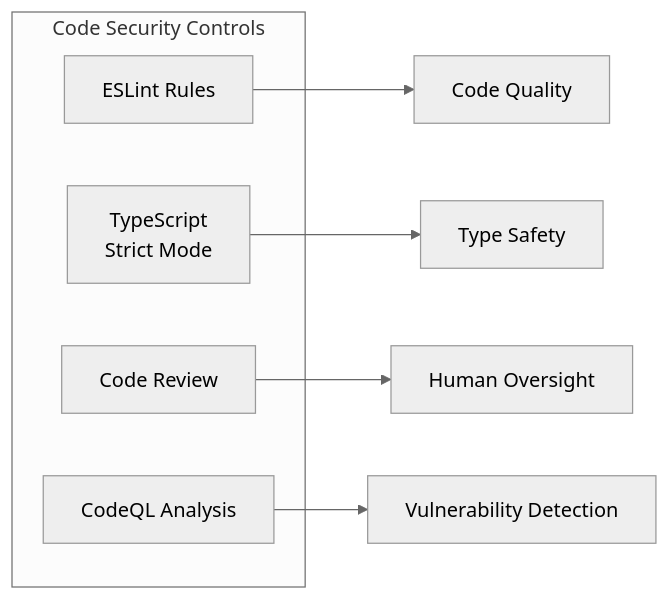
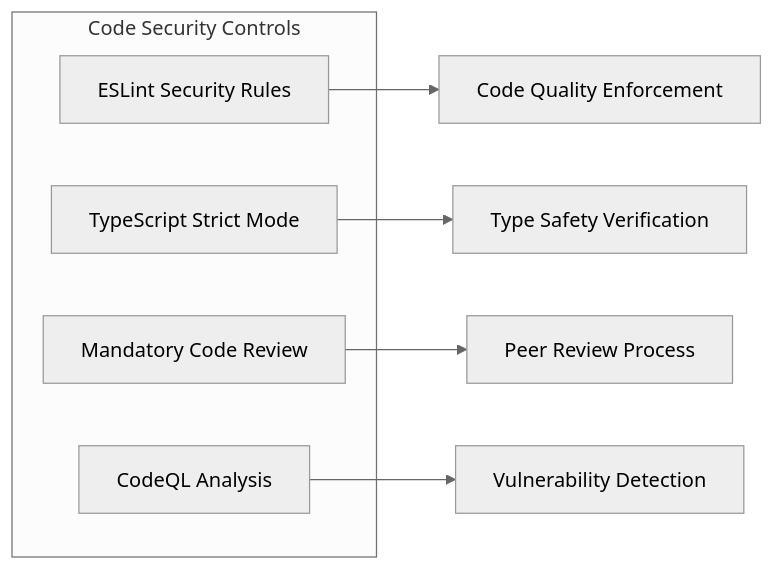
One commit to WSO2-G02/salon-booking-frontend-dev changed the fifth of 9 diagrams in docs/SECURITY.md. Above: the diagram before and after it, drawn with Mermaid (neutral theme). The commit also changed other lines of this file and 2 other files, not shown here.

````diff
--- a/docs/SECURITY.md
+++ b/docs/SECURITY.md
@@ -109,14 +103,14 @@
 ```mermaid
 flowchart LR
     subgraph Controls["Code Security Controls"]
-        lint["ESLint Rules"]
-        ts["TypeScript\nStrict Mode"]
-        review["Code Review"]
+        lint["ESLint Security Rules"]
+        ts["TypeScript Strict Mode"]
+        review["Mandatory Code Review"]
         codeql["CodeQL Analysis"]
     end
     
-    lint --> quality["Code Quality"]
-    ts --> safety["Type Safety"]
-    review --> oversight["Human Oversight"]
-    codeql --> vuln["Vulnerability Detection"]
+    lint --> quality["Code Quality Enforcement"]
+    ts --> safety["Type Safety Verification"]
+    review --> oversight["Peer Review Process"]
+    codeql --> detection["Vulnerability Detection"]
 ```
````
